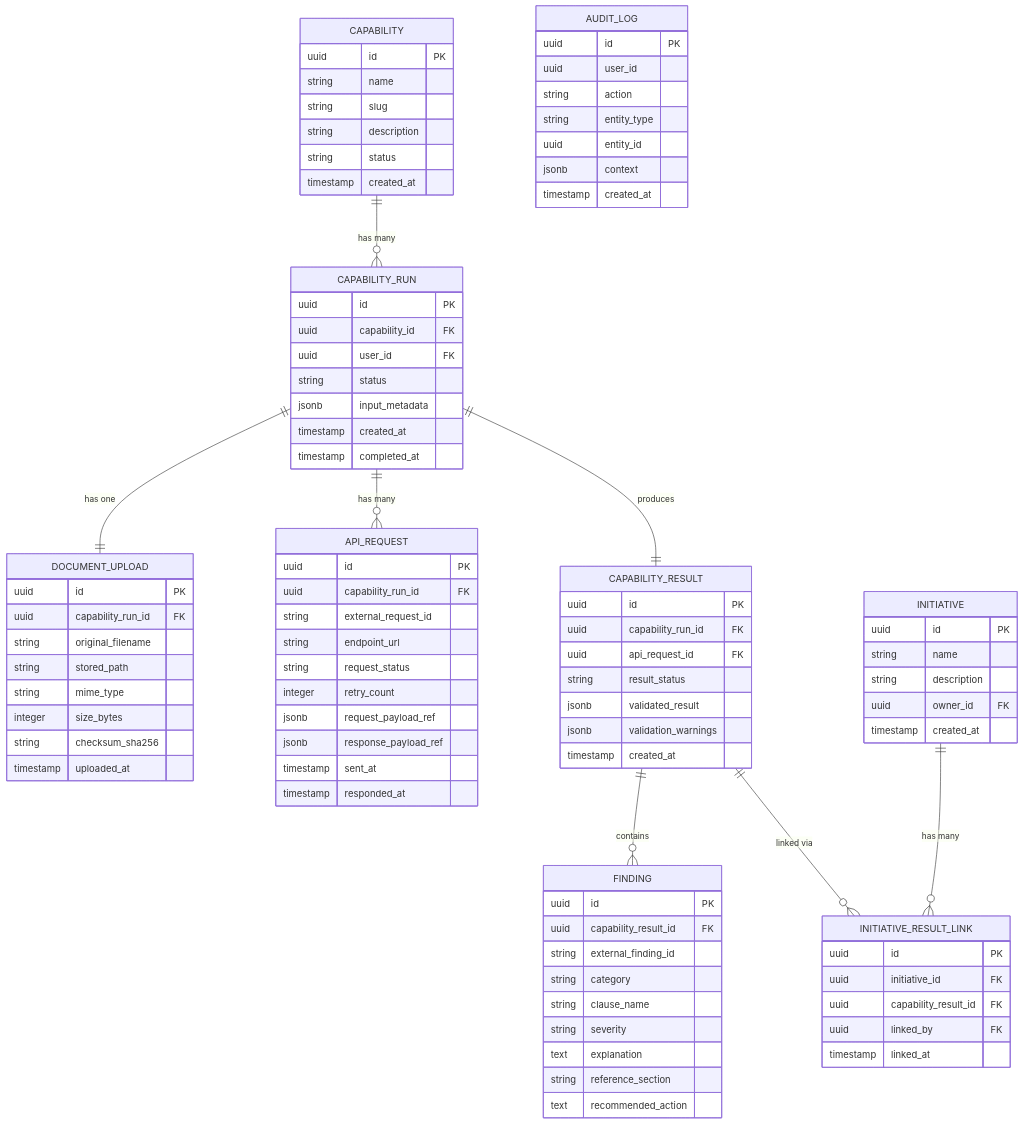
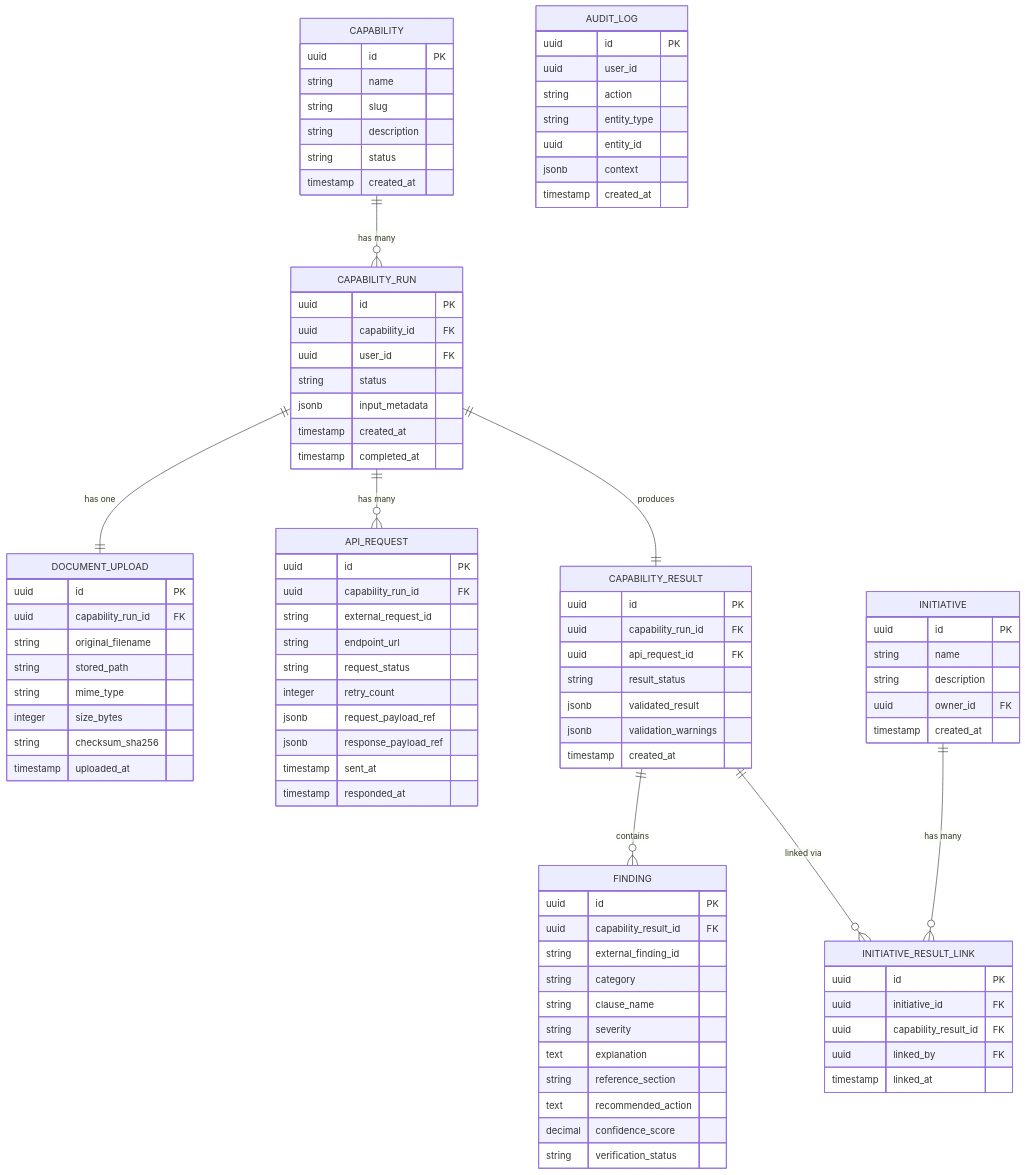
One commit to garethdaine/capability changed the third of 4 diagrams in docs/contract-clause-analysis-capability-design.md. Above: the diagram before and after it, drawn with Mermaid. The commit also changed other lines of this file and 3 other files, not shown here.

```diff
--- a/docs/contract-clause-analysis-capability-design.md
+++ b/docs/contract-clause-analysis-capability-design.md
@@ -299,6 +301,8 @@
         text explanation
         string reference_section
         text recommended_action
+        decimal confidence_score
+        string verification_status
     }
 
     INITIATIVE {
```
